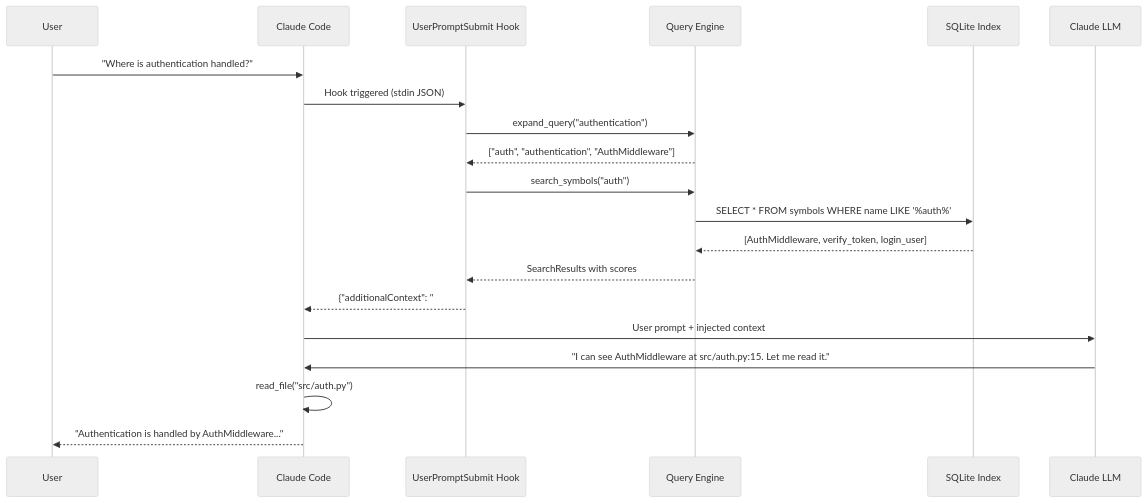
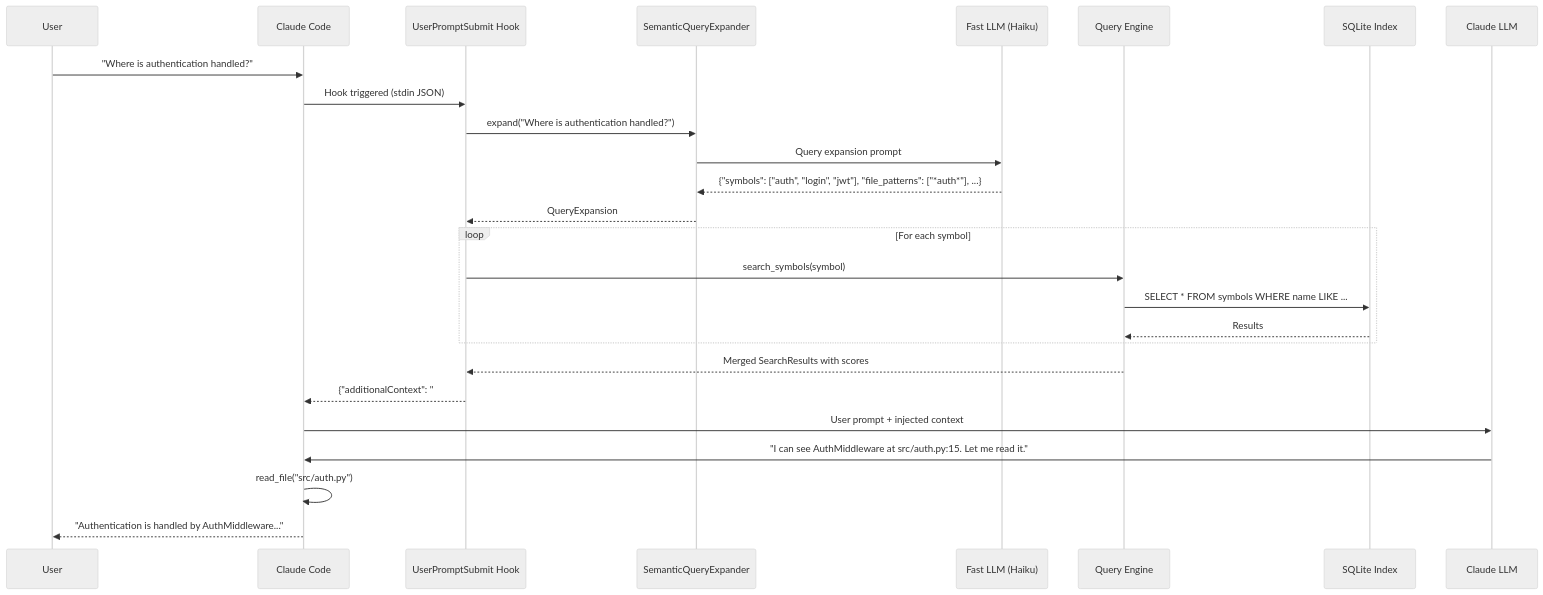
The fourth of 7 diagrams in noframework/python/docs/designs/4/tech-design.md (boxabirds/making-ai-agents-showcase), drawn with Mermaid (neutral theme) before and after one commit. The commit also changed other lines of this file and 1 other file, not shown here.

Commit message:
replaced stupid brain dead keyword searching with light fast LLM expansion

````diff
--- a/noframework/python/docs/designs/4/tech-design.md
+++ b/noframework/python/docs/designs/4/tech-design.md
@@ -933,23 +1114,31 @@
 ```mermaid
 sequenceDiagram
     participant U as User
     participant CC as Claude Code
     participant H as UserPromptSubmit Hook
+    participant E as SemanticQueryExpander
+    participant FLLM as Fast LLM (Haiku)
     participant QE as Query Engine
     participant DB as SQLite Index
     participant LLM as Claude LLM
 
     U->>CC: "Where is authentication handled?"
     CC->>H: Hook triggered (stdin JSON)
-    H->>QE: expand_query("authentication")
-    QE-->>H: ["auth", "authentication", "AuthMiddleware"]
-    H->>QE: search_symbols("auth")
-    QE->>DB: SELECT * FROM symbols WHERE name LIKE '%auth%'
-    DB-->>QE: [AuthMiddleware, verify_token, login_user]
-    QE-->>H: SearchResults with scores
-    H-->>CC: {"additionalContext": "## Pre-indexed...\n- class AuthMiddleware [src/auth.py:15]"}
+    H->>E: expand("Where is authentication handled?")
+    E->>FLLM: Query expansion prompt
+    FLLM-->>E: {"symbols": ["auth", "login", "jwt"], "file_patterns": ["*auth*"], ...}
+    E-->>H: QueryExpansion
+
+    loop For each symbol
+        H->>QE: search_symbols(symbol)
+        QE->>DB: SELECT * FROM symbols WHERE name LIKE ...
+        DB-->>QE: Results
+    end
+
+    QE-->>H: Merged SearchResults with scores
+    H-->>CC: {"additionalContext": "## Pre-indexed...\n- class AuthMiddleware [src/auth.py:15]\n- func verify_token [src/auth/jwt.py:23]"}
     CC->>LLM: User prompt + injected context
     LLM->>CC: "I can see AuthMiddleware at src/auth.py:15. Let me read it."
     CC->>CC: read_file("src/auth.py")
     CC-->>U: "Authentication is handled by AuthMiddleware..."
 ```
````
